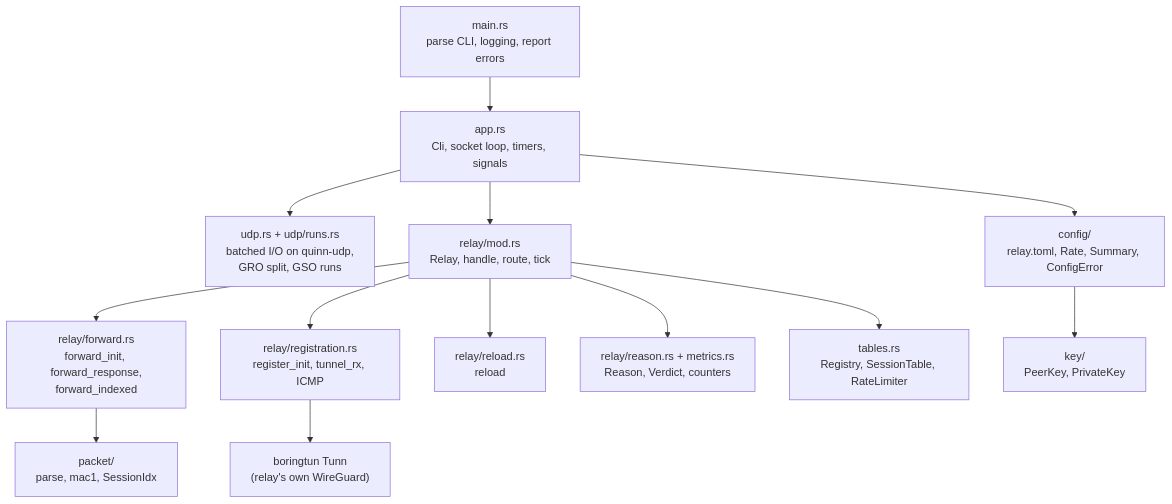
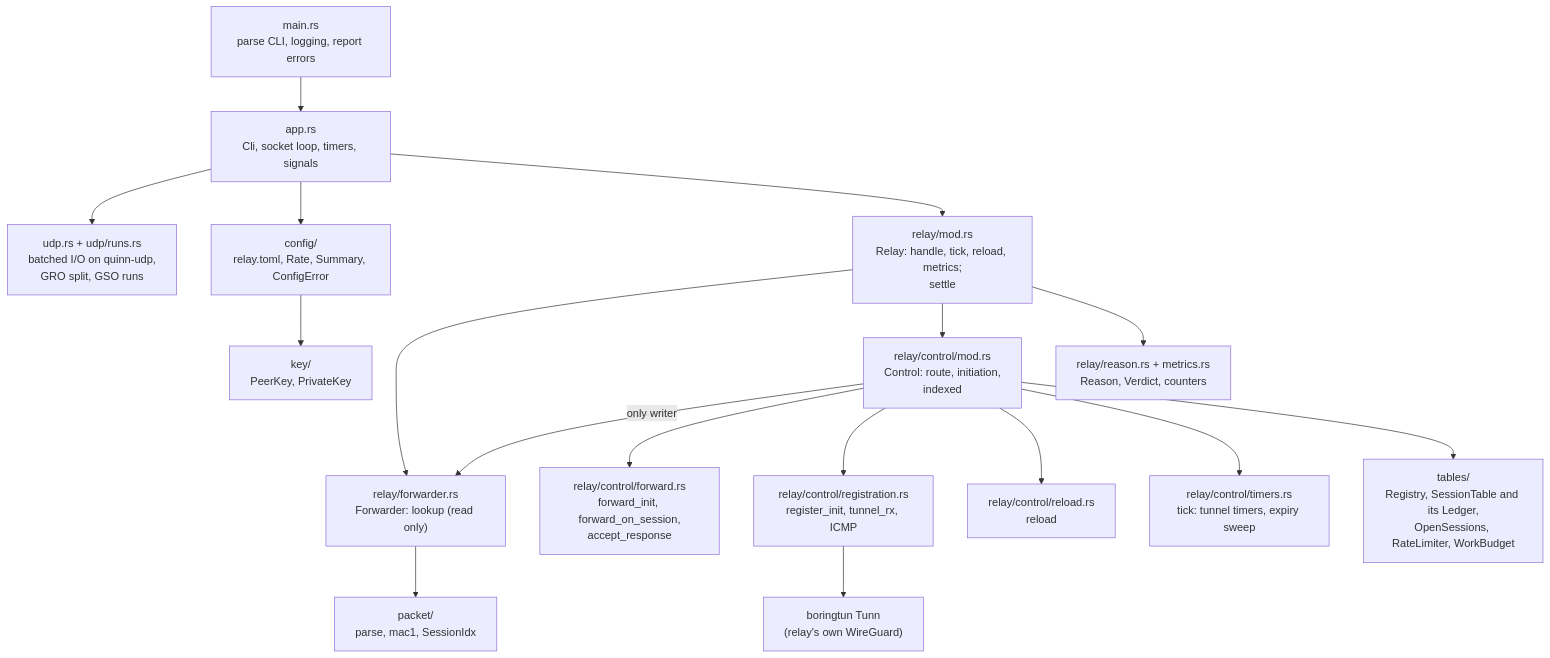
Before and after one commit to 3alpha/wg-relay: diagram 21 of 22 in docs/how-it-works.md, drawn with Mermaid. The commit also changed other lines of this file and 22 other files, not shown here.

First line of the commit message:
refactor(relay): split control from forwarding and break up tables

````diff
--- a/docs/how-it-works.md
+++ b/docs/how-it-works.md
@@ -673,15 +701,19 @@
 ```mermaid
 flowchart TD
     main["main.rs<br/>parse CLI, logging, report errors"] --> app["app.rs<br/>Cli, socket loop, timers, signals"]
     app --> udp["udp.rs + udp/runs.rs<br/>batched I/O on quinn-udp,<br/>GRO split, GSO runs"]
     app --> cfg["config/<br/>relay.toml, Rate, Summary, ConfigError"]
-    app --> relay["relay/mod.rs<br/>Relay, handle, route, tick"]
-    relay --> fwd["relay/forward.rs<br/>forward_init, forward_response,<br/>forward_indexed"]
-    relay --> regm["relay/registration.rs<br/>register_init, tunnel_rx, ICMP"]
-    relay --> rel["relay/reload.rs<br/>reload"]
+    app --> relay["relay/mod.rs<br/>Relay: handle, tick, reload, metrics;<br/>settle"]
+    relay --> fwdr["relay/forwarder.rs<br/>Forwarder: lookup (read only)"]
+    relay --> ctl["relay/control/mod.rs<br/>Control: route, initiation,<br/>indexed"]
+    ctl -- "only writer" --> fwdr
+    ctl --> fwd["relay/control/forward.rs<br/>forward_init, forward_on_session,<br/>accept_response"]
+    ctl --> regm["relay/control/registration.rs<br/>register_init, tunnel_rx, ICMP"]
+    ctl --> rel["relay/control/reload.rs<br/>reload"]
+    ctl --> tmr["relay/control/timers.rs<br/>tick: tunnel timers, expiry sweep"]
     relay --> rsn["relay/reason.rs + metrics.rs<br/>Reason, Verdict, counters"]
-    relay --> tbl["tables.rs<br/>Registry, SessionTable, RateLimiter"]
-    fwd --> pkt["packet/<br/>parse, mac1, SessionIdx"]
+    ctl --> tbl["tables/<br/>Registry, SessionTable and its Ledger,<br/>OpenSessions, RateLimiter, WorkBudget"]
+    fwdr --> pkt["packet/<br/>parse, mac1, SessionIdx"]
     regm --> bt["boringtun Tunn<br/>(relay's own WireGuard)"]
     cfg --> key["key/<br/>PeerKey, PrivateKey"]
 ```
````
